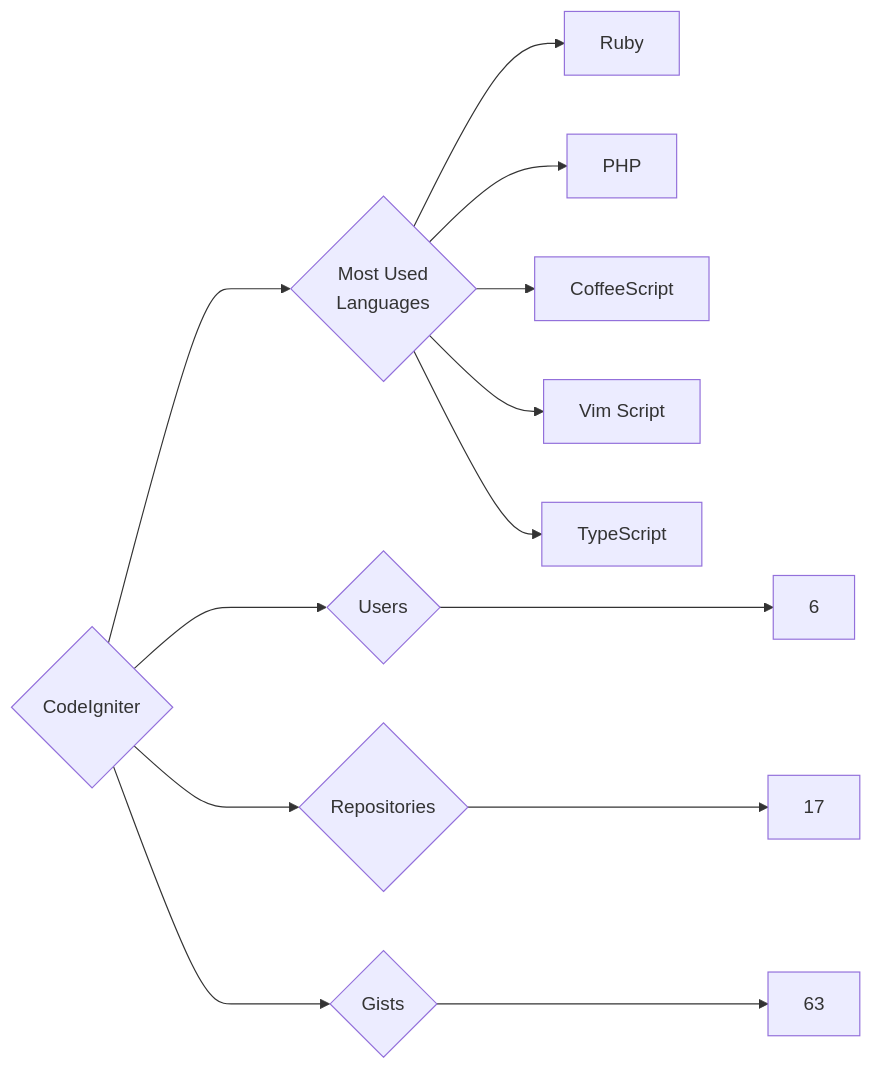
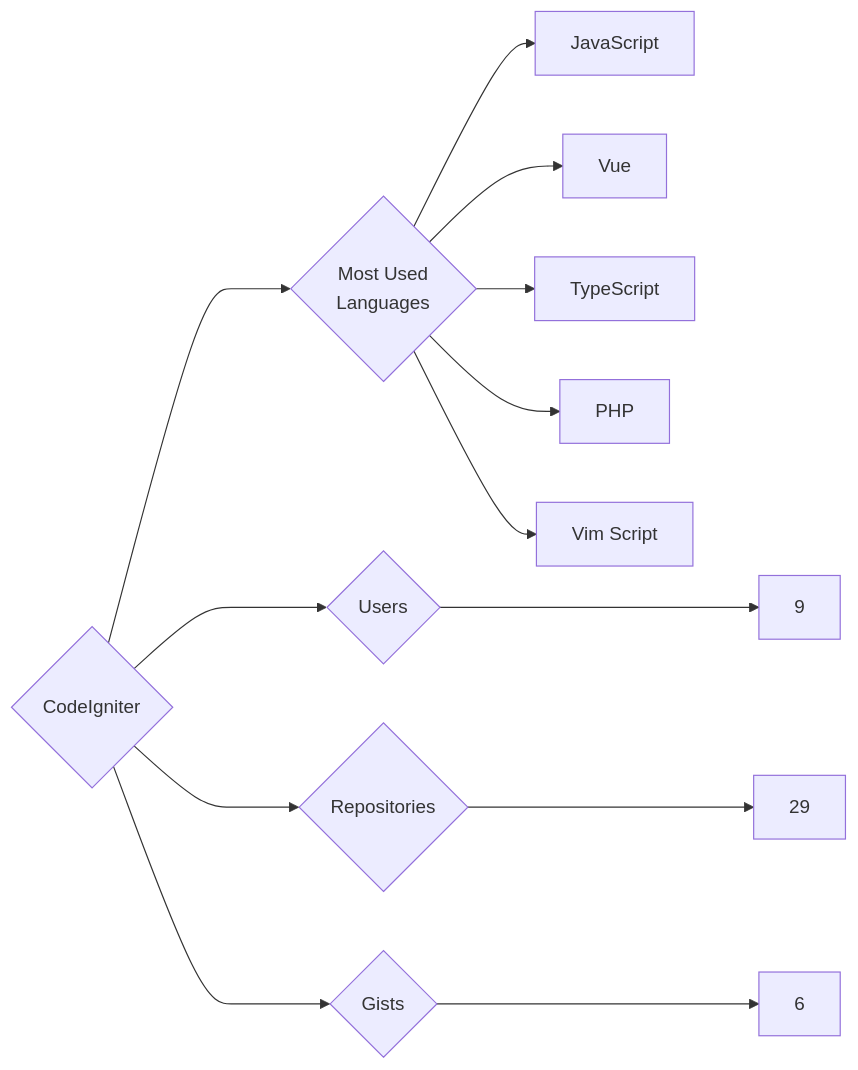
Before and after one commit to trickest/insiders: the diagram in targets/CodeIgniter/README.md, drawn with Mermaid. The commit also changed 859 other files, not shown here.

````diff
--- a/targets/CodeIgniter/README.md
+++ b/targets/CodeIgniter/README.md
@@ -3,13 +3,13 @@
 ```mermaid
 graph LR
 COMPANY_NAME{CodeIgniter}
-COMPANY_NAME ---> U{Users} ---> UN[6]
-COMPANY_NAME ---> R{Repositories} ---> RN[17]
-COMPANY_NAME ---> G{Gists} ---> GN[63]
+COMPANY_NAME ---> U{Users} ---> UN[9]
+COMPANY_NAME ---> R{Repositories} ---> RN[29]
+COMPANY_NAME ---> G{Gists} ---> GN[6]
 COMPANY_NAME ---> ML{Most Used<br>Languages}
-ML --> Ruby[Ruby]
+ML --> JavaScript[JavaScript]
+ML --> Vue[Vue]
+ML --> TypeScript[TypeScript]
 ML --> PHP[PHP]
-ML --> CoffeeScript[CoffeeScript]
 ML --> Vim_Script[Vim Script]
-ML --> TypeScript[TypeScript]
 ```
````
